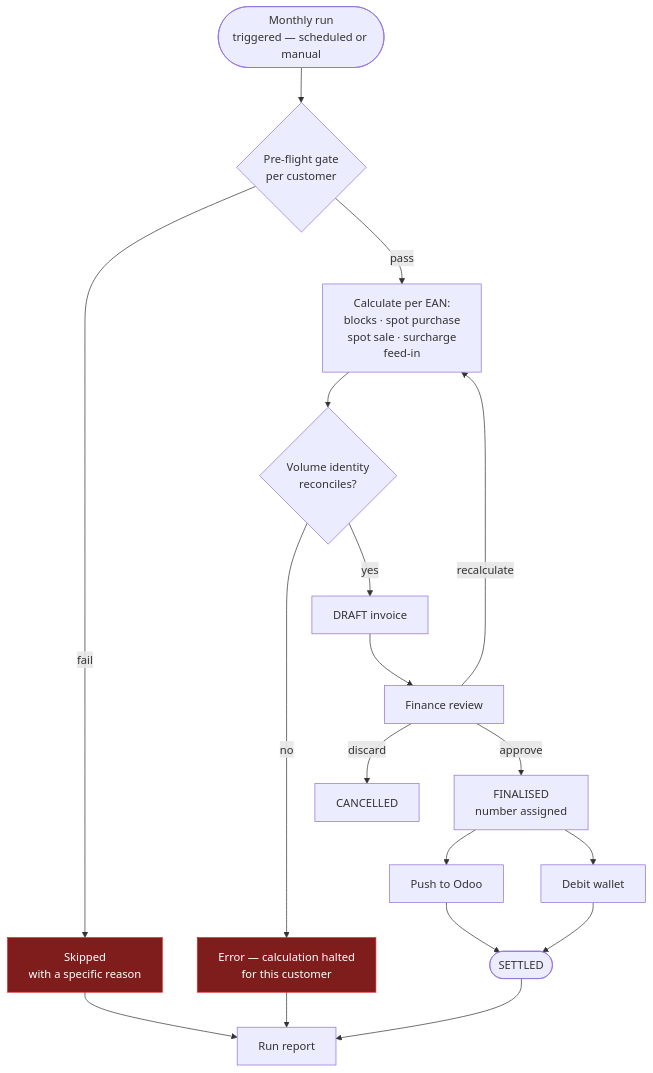
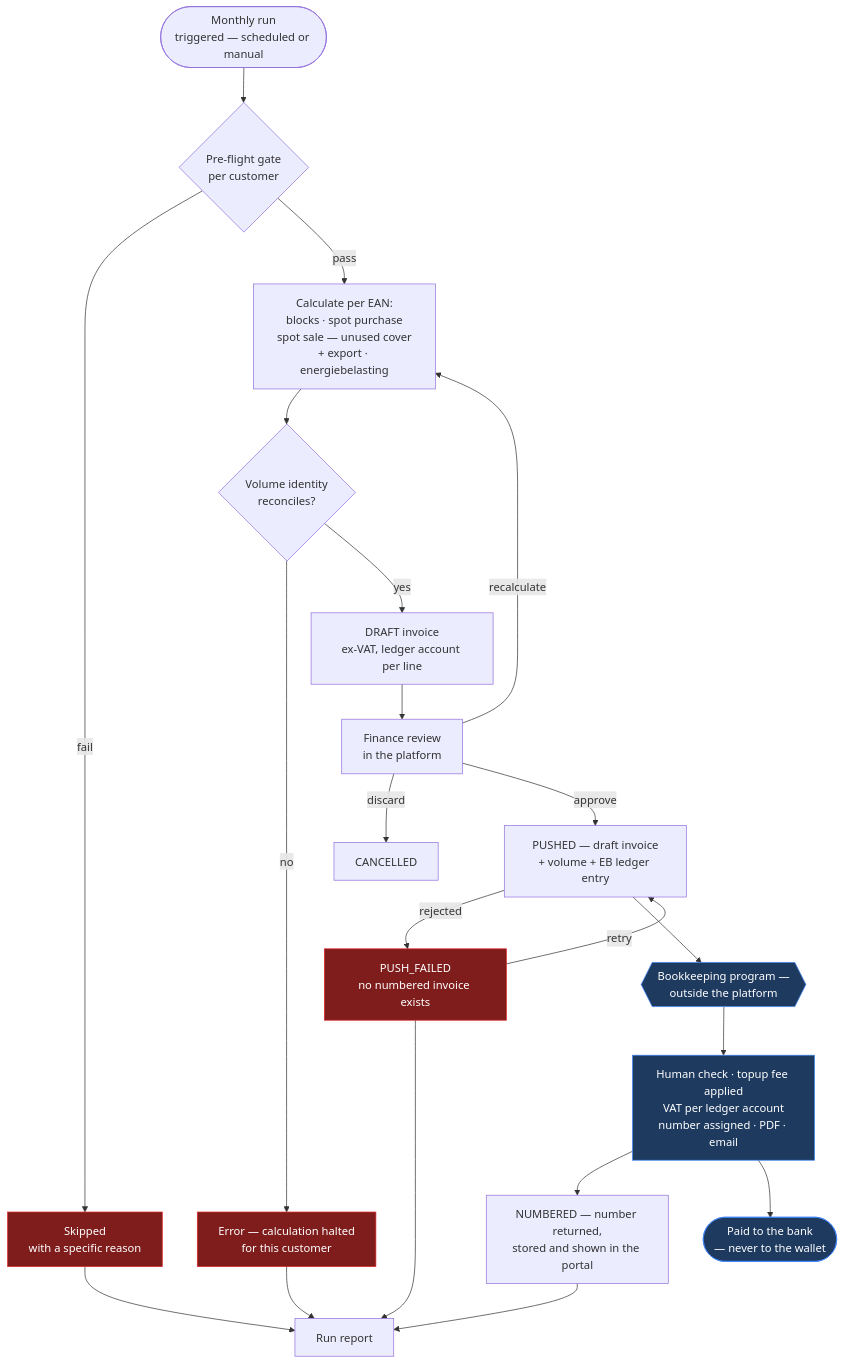
The first of 2 diagrams in specs/10-features/F10-invoicing-and-settlement.md (lukastosic-ifd/peakpowerspecs), drawn with Mermaid before and after one commit. The commit also changed other lines of this file and 66 other files, not shown here.

````diff
--- a/specs/10-features/F10-invoicing-and-settlement.md
+++ b/specs/10-features/F10-invoicing-and-settlement.md
@@ -90,28 +188,34 @@
 ```mermaid
 flowchart TB
     START(["Monthly run<br/>triggered — scheduled or manual"]) --> GATE{"Pre-flight gate<br/>per customer"}
 
     GATE -->|"fail"| SKIP["Skipped<br/>with a specific reason"]
-    GATE -->|"pass"| CALC["Calculate per EAN:<br/>blocks · spot purchase<br/>spot sale · surcharge<br/>feed-in"]
+    GATE -->|"pass"| CALC["Calculate per EAN:<br/>blocks · spot purchase<br/>spot sale — unused cover<br/>+ export · energiebelasting"]
 
     CALC --> CHECK{"Volume identity<br/>reconciles?"}
     CHECK -->|"no"| ERR["Error — calculation halted<br/>for this customer"]
-    CHECK -->|"yes"| DRAFT["DRAFT invoice"]
+    CHECK -->|"yes"| DRAFT["DRAFT invoice<br/>ex-VAT, ledger account per line"]
 
-    DRAFT --> REVIEW["Finance review"]
+    DRAFT --> REVIEW["Finance review<br/>in the platform"]
     REVIEW -->|"recalculate"| CALC
     REVIEW -->|"discard"| CANCELLED["CANCELLED"]
-    REVIEW -->|"approve"| FINAL["FINALISED<br/>number assigned"]
+    REVIEW -->|"approve"| PUSH["PUSHED — draft invoice<br/>+ volume + EB ledger entry"]
 
-    FINAL --> ODOO["Push to Odoo"]
-    FINAL --> WALLET["Debit wallet"]
-    ODOO --> DONE(["SETTLED"])
-    WALLET --> DONE
+    PUSH -->|"rejected"| PUSHFAIL["PUSH_FAILED<br/>no numbered invoice exists"]
+    PUSHFAIL -->|"retry"| PUSH
+
+    PUSH --> BK{{"Bookkeeping program —<br/>outside the platform"}}
+    BK --> HUMAN["Human check · topup fee applied<br/>VAT per ledger account<br/>number assigned · PDF · email"]
+    HUMAN --> NUM["NUMBERED — number returned,<br/>stored and shown in the portal"]
+    HUMAN --> BANK(["Paid to the bank<br/>— never to the wallet"])
 
     SKIP --> REPORT["Run report"]
     ERR --> REPORT
-    DONE --> REPORT
+    PUSHFAIL --> REPORT
+    NUM --> REPORT
 
     classDef bad fill:#7f1d1d,stroke:#dc2626,color:#fff
-    class ERR,SKIP bad
+    classDef ext fill:#1e3a5f,stroke:#3b82f6,color:#fff
+    class ERR,SKIP,PUSHFAIL bad
+    class BK,HUMAN,BANK ext
 ```
````
